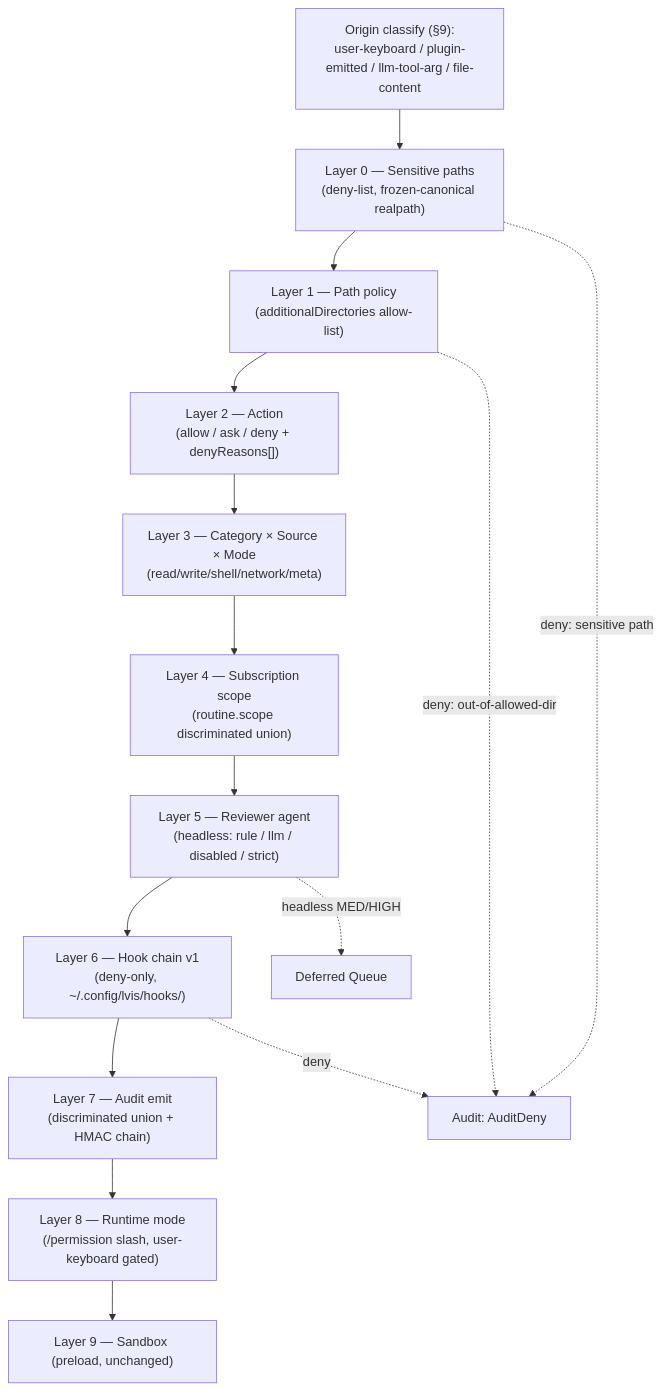
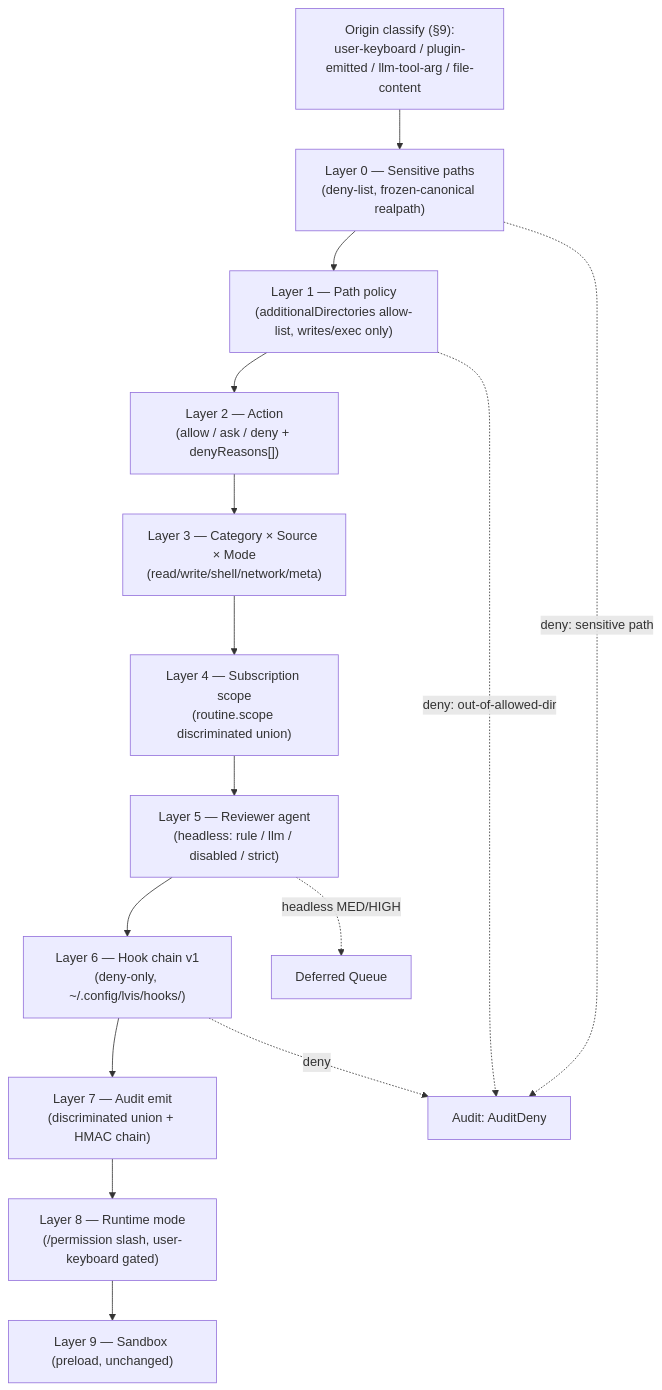
One commit to lvis-project/lvis-app changed diagram 19 of 44 in docs/ko/architecture/architecture.md. Above: the diagram before and after it, drawn with Mermaid. The commit also changed other lines of this file and 32 other files, not shown here.

````diff
--- a/docs/ko/architecture/architecture.md
+++ b/docs/ko/architecture/architecture.md
@@ -1663,20 +1663,20 @@
 ```mermaid
 flowchart TB
     INPUT["Origin classify (§9):<br/>user-keyboard / plugin-emitted / llm-tool-arg / file-content"]
 
     INPUT --> L0["Layer 0 — Sensitive paths<br/>(deny-list, frozen-canonical realpath)"]
-    L0 --> L1["Layer 1 — Path policy<br/>(additionalDirectories allow-list)"]
+    L0 --> L1["Layer 1 — Path policy<br/>(additionalDirectories allow-list, writes/exec only)"]
     L1 --> L2["Layer 2 — Action<br/>(allow / ask / deny + denyReasons[])"]
     L2 --> L3["Layer 3 — Category × Source × Mode<br/>(read/write/shell/network/meta)"]
     L3 --> L4["Layer 4 — Subscription scope<br/>(routine.scope discriminated union)"]
     L4 --> L5["Layer 5 — Reviewer agent<br/>(headless: rule / llm / disabled / strict)"]
     L5 --> L6["Layer 6 — Hook chain v1<br/>(deny-only, ~/.config/lvis/hooks/)"]
     L6 --> L7["Layer 7 — Audit emit<br/>(discriminated union + HMAC chain)"]
     L7 --> L8["Layer 8 — Runtime mode<br/>(/permission slash, user-keyboard gated)"]
     L8 --> L9["Layer 9 — Sandbox (preload, unchanged)"]
 
     L0 -.->|"deny: sensitive path"| AUDIT_DENY["Audit: AuditDeny"]
     L1 -.->|"deny: out-of-allowed-dir"| AUDIT_DENY
     L5 -.->|"headless MED/HIGH"| DEFERRED["Deferred Queue"]
     L6 -.->|"deny"| AUDIT_DENY
 ```
````
